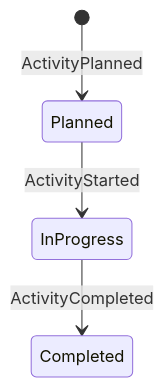
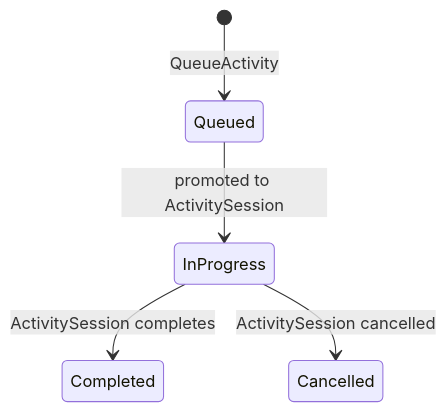
The first of 2 diagrams in konnekt-session-workspace/domain/activity.md (konnektoren/konnekt-session), drawn with Mermaid before and after one commit. The commit also changed other lines of this file and 10 other files, not shown here.

````diff
--- a/konnekt-session-workspace/domain/activity.md
+++ b/konnekt-session-workspace/domain/activity.md
@@ -14,6 +22,7 @@
 ```mermaid
 stateDiagram-v2
-    [*] --> Planned: ActivityPlanned
-    Planned --> InProgress: ActivityStarted
-    InProgress --> Completed: ActivityCompleted
+    [*] --> Queued: QueueActivity
+    Queued --> InProgress: promoted to ActivitySession
+    InProgress --> Completed: ActivitySession completes
+    InProgress --> Cancelled: ActivitySession cancelled
 ```
````
